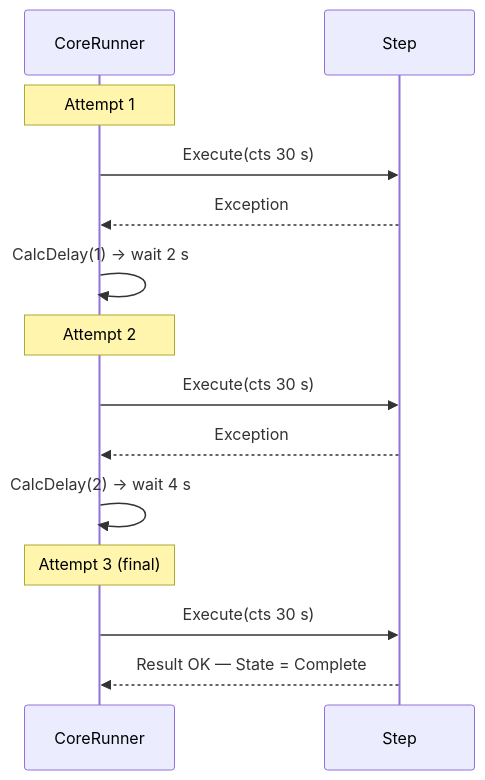
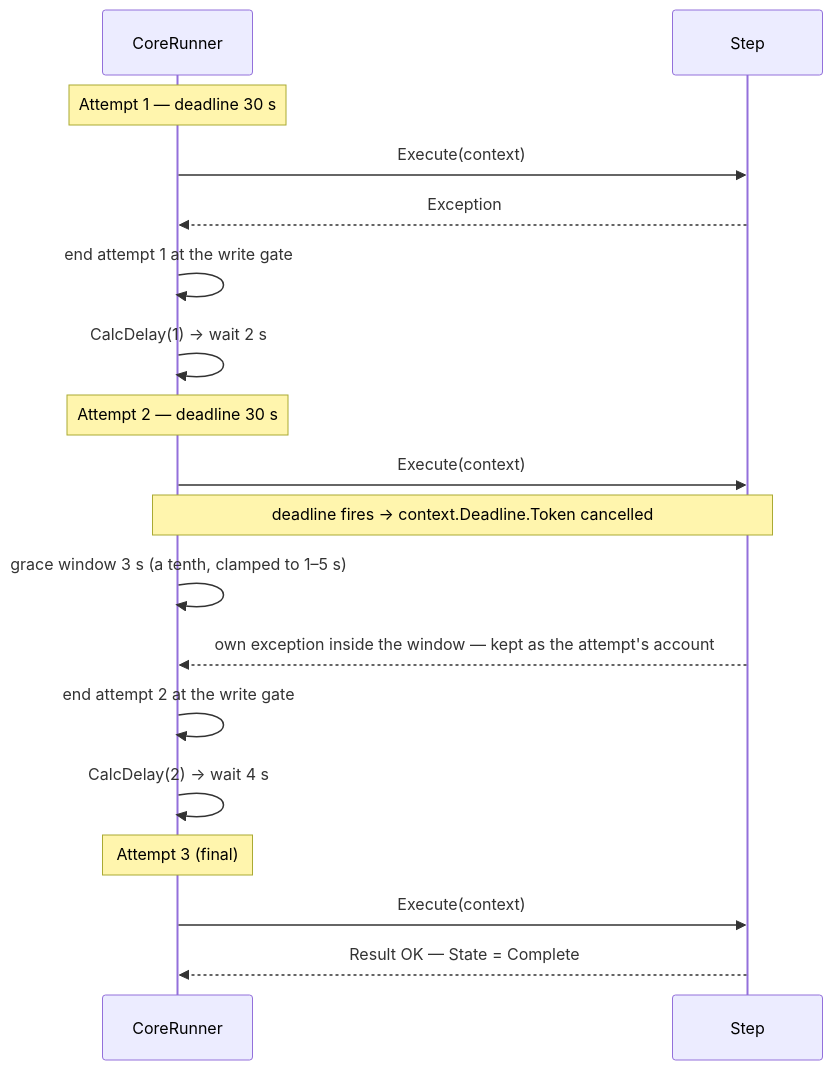
Before and after one commit to DeadMoon0/TestFramework-Core: the tenth of 16 diagrams in Documentation/Arc42.md, drawn with Mermaid. The commit also changed other lines of this file and 1 other file, not shown here.

Commit message:
Describe the RunContext step contract, deadline grace and write gate in the architecture docs

````diff
--- a/Documentation/Arc42.md
+++ b/Documentation/Arc42.md
@@ -395,19 +395,23 @@
 ```mermaid
 sequenceDiagram
     participant CR as CoreRunner
     participant Step as Step
 
-    Note over CR: Attempt 1
-    CR->>Step: Execute(cts 30 s)
+    Note over CR: Attempt 1 — deadline 30 s
+    CR->>Step: Execute(context)
     Step-->>CR: Exception
+    CR->>CR: end attempt 1 at the write gate
     CR->>CR: CalcDelay(1) → wait 2 s
 
-    Note over CR: Attempt 2
-    CR->>Step: Execute(cts 30 s)
-    Step-->>CR: Exception
+    Note over CR: Attempt 2 — deadline 30 s
+    CR->>Step: Execute(context)
+    Note over CR,Step: deadline fires → context.Deadline.Token cancelled
+    CR->>CR: grace window 3 s (a tenth, clamped to 1–5 s)
+    Step-->>CR: own exception inside the window — kept as the attempt's account
+    CR->>CR: end attempt 2 at the write gate
     CR->>CR: CalcDelay(2) → wait 4 s
 
     Note over CR: Attempt 3 (final)
-    CR->>Step: Execute(cts 30 s)
+    CR->>Step: Execute(context)
     Step-->>CR: Result OK — State = Complete
 ```
````
